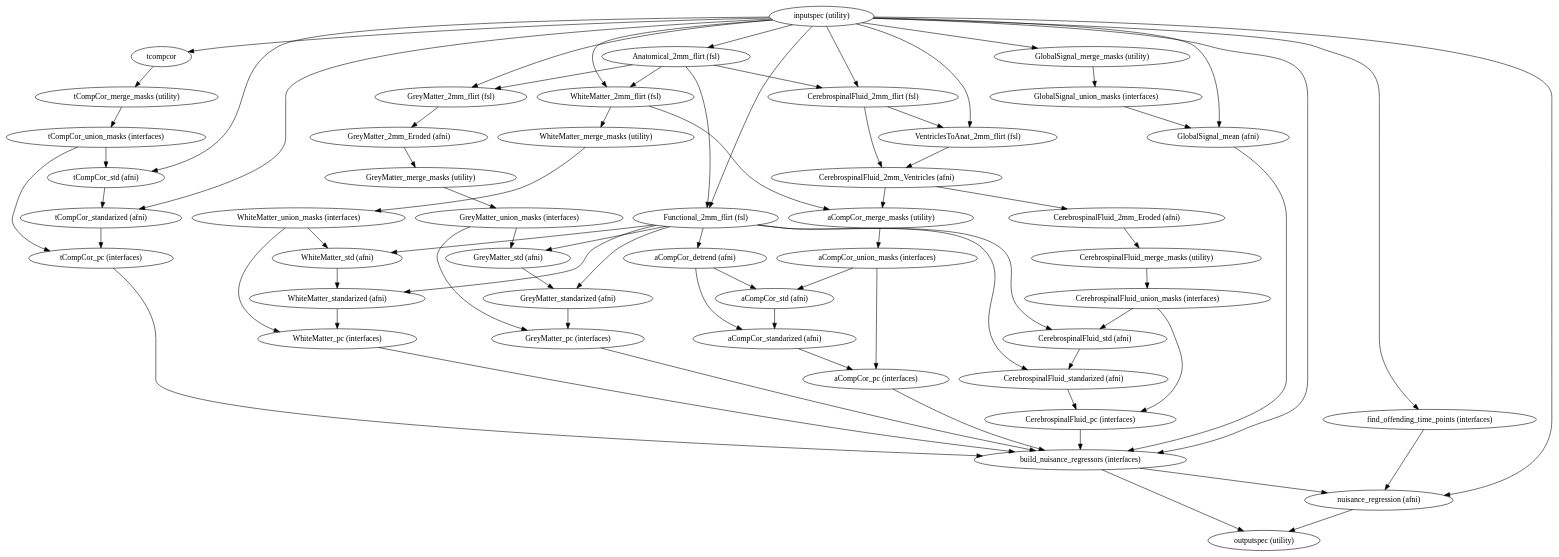
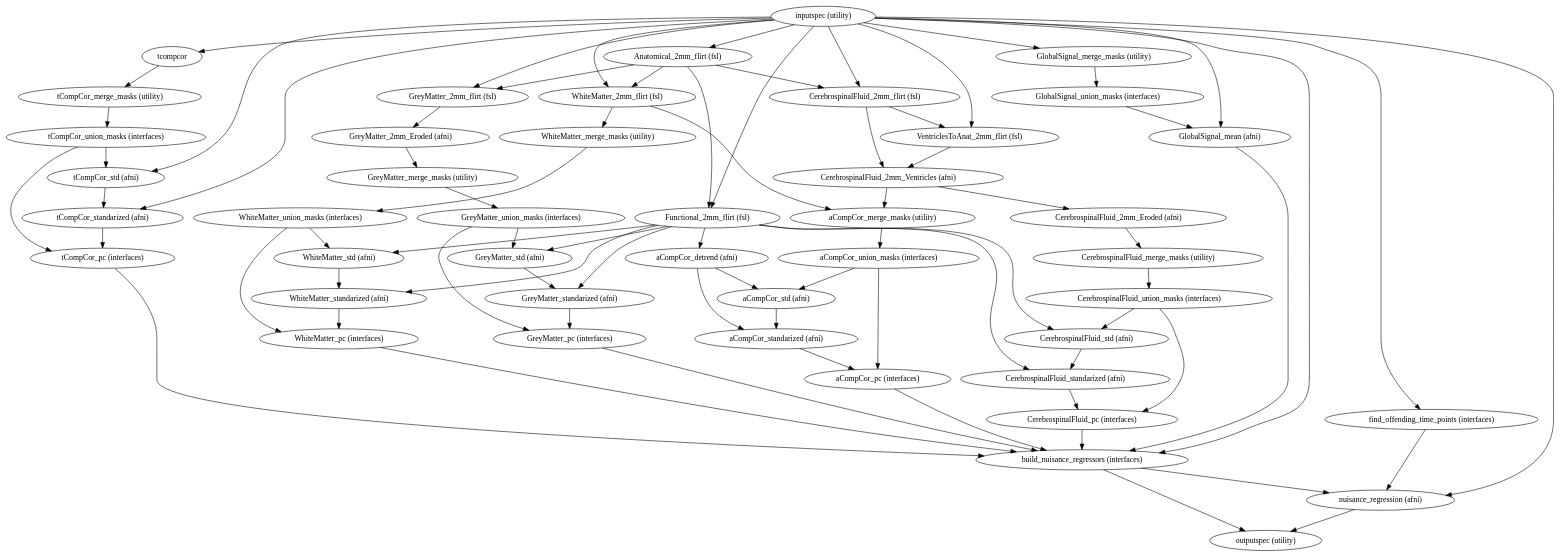
The diagram in docs/developer/workflows/images/generated/nuisance.dot (FCP-INDI/fcp-indi.github.io), drawn with Graphviz before and after one commit. The commit also changed other lines of this file and 5 other files, not shown here.

```diff
--- a/docs/developer/workflows/images/generated/nuisance.dot
+++ b/docs/developer/workflows/images/generated/nuisance.dot
@@ -1,121 +1,121 @@
 strict digraph "" {
 "GlobalSignal_union_masks (interfaces)";
 "tCompCor_merge_masks (utility)";
 "CerebrospinalFluid_pc (interfaces)";
 "CerebrospinalFluid_2mm_Eroded (afni)";
 "Anatomical_2mm_flirt (fsl)";
 "inputspec (utility)";
 "GreyMatter_standarized (afni)";
 "aCompCor_detrend (afni)";
 "aCompCor_union_masks (interfaces)";
 "tCompCor_std (afni)";
 "GreyMatter_pc (interfaces)";
 "GreyMatter_union_masks (interfaces)";
 "WhiteMatter_standarized (afni)";
-"find_offending_time_points (interfaces)";
 "CerebrospinalFluid_std (afni)";
 "WhiteMatter_pc (interfaces)";
 "CerebrospinalFluid_union_masks (interfaces)";
 "aCompCor_merge_masks (utility)";
-"GreyMatter_2mm_flirt (fsl)";
+"find_offending_time_points (interfaces)";
 "GlobalSignal_mean (afni)";
 tcompcor;
 "GreyMatter_2mm_Eroded (afni)";
 "CerebrospinalFluid_2mm_flirt (fsl)";
 "aCompCor_pc (interfaces)";
+"GreyMatter_2mm_flirt (fsl)";
 "WhiteMatter_2mm_flirt (fsl)";
 "tCompCor_standarized (afni)";
 "CerebrospinalFluid_merge_masks (utility)";
 "CerebrospinalFluid_standarized (afni)";
 "tCompCor_union_masks (interfaces)";
 "GreyMatter_std (afni)";
 "VentriclesToAnat_2mm_flirt (fsl)";
 "aCompCor_std (afni)";
 "WhiteMatter_merge_masks (utility)";
 "aCompCor_standarized (afni)";
 "CerebrospinalFluid_2mm_Ventricles (afni)";
 "nuisance_regression (afni)";
 "GreyMatter_merge_masks (utility)";
 "GlobalSignal_merge_masks (utility)";
 "build_nuisance_regressors (interfaces)";
 "outputspec (utility)";
 "WhiteMatter_union_masks (interfaces)";
 "WhiteMatter_std (afni)";
 "Functional_2mm_flirt (fsl)";
 "tCompCor_pc (interfaces)";
 "GlobalSignal_union_masks (interfaces)" -> "GlobalSignal_mean (afni)";
 "tCompCor_merge_masks (utility)" -> "tCompCor_union_masks (interfaces)";
 "CerebrospinalFluid_pc (interfaces)" -> "build_nuisance_regressors (interfaces)";
 "CerebrospinalFluid_2mm_Eroded (afni)" -> "CerebrospinalFluid_merge_masks (utility)";
 "Anatomical_2mm_flirt (fsl)" -> "Functional_2mm_flirt (fsl)";
 "Anatomical_2mm_flirt (fsl)" -> "CerebrospinalFluid_2mm_flirt (fsl)";
 "Anatomical_2mm_flirt (fsl)" -> "GreyMatter_2mm_flirt (fsl)";
 "Anatomical_2mm_flirt (fsl)" -> "WhiteMatter_2mm_flirt (fsl)";
 "inputspec (utility)" -> "nuisance_regression (afni)";
 "inputspec (utility)" -> "GlobalSignal_merge_masks (utility)";
 "inputspec (utility)" -> "build_nuisance_regressors (interfaces)";
 "inputspec (utility)" -> "tCompCor_standarized (afni)";
 "inputspec (utility)" -> "VentriclesToAnat_2mm_flirt (fsl)";
 "inputspec (utility)" -> "Anatomical_2mm_flirt (fsl)";
 "inputspec (utility)" -> "Functional_2mm_flirt (fsl)";
 "inputspec (utility)" -> "GreyMatter_2mm_flirt (fsl)";
 "inputspec (utility)" -> "GlobalSignal_mean (afni)";
 "inputspec (utility)" -> tcompcor;
 "inputspec (utility)" -> "WhiteMatter_2mm_flirt (fsl)";
 "inputspec (utility)" -> "CerebrospinalFluid_2mm_flirt (fsl)";
 "inputspec (utility)" -> "find_offending_time_points (interfaces)";
 "inputspec (utility)" -> "tCompCor_std (afni)";
 "GreyMatter_standarized (afni)" -> "GreyMatter_pc (interfaces)";
 "aCompCor_detrend (afni)" -> "aCompCor_std (afni)";
 "aCompCor_detrend (afni)" -> "aCompCor_standarized (afni)";
 "aCompCor_union_masks (interfaces)" -> "aCompCor_std (afni)";
 "aCompCor_union_masks (interfaces)" -> "aCompCor_pc (interfaces)";
 "tCompCor_std (afni)" -> "tCompCor_standarized (afni)";
 "GreyMatter_pc (interfaces)" -> "build_nuisance_regressors (interfaces)";
 "GreyMatter_union_masks (interfaces)" -> "GreyMatter_pc (interfaces)";
 "GreyMatter_union_masks (interfaces)" -> "GreyMatter_std (afni)";
 "WhiteMatter_standarized (afni)" -> "WhiteMatter_pc (interfaces)";
-"find_offending_time_points (interfaces)" -> "nuisance_regression (afni)";
 "CerebrospinalFluid_std (afni)" -> "CerebrospinalFluid_standarized (afni)";
 "WhiteMatter_pc (interfaces)" -> "build_nuisance_regressors (interfaces)";
 "CerebrospinalFluid_union_masks (interfaces)" -> "CerebrospinalFluid_pc (interfaces)";
 "CerebrospinalFluid_union_masks (interfaces)" -> "CerebrospinalFluid_std (afni)";
 "aCompCor_merge_masks (utility)" -> "aCompCor_union_masks (interfaces)";
-"GreyMatter_2mm_flirt (fsl)" -> "GreyMatter_2mm_Eroded (afni)";
+"find_offending_time_points (interfaces)" -> "nuisance_regression (afni)";
 "GlobalSignal_mean (afni)" -> "build_nuisance_regressors (interfaces)";
 tcompcor -> "tCompCor_merge_masks (utility)";
 "GreyMatter_2mm_Eroded (afni)" -> "GreyMatter_merge_masks (utility)";
 "CerebrospinalFluid_2mm_flirt (fsl)" -> "CerebrospinalFluid_2mm_Ventricles (afni)";
 "CerebrospinalFluid_2mm_flirt (fsl)" -> "VentriclesToAnat_2mm_flirt (fsl)";
 "aCompCor_pc (interfaces)" -> "build_nuisance_regressors (interfaces)";
+"GreyMatter_2mm_flirt (fsl)" -> "GreyMatter_2mm_Eroded (afni)";
 "WhiteMatter_2mm_flirt (fsl)" -> "WhiteMatter_merge_masks (utility)";
 "WhiteMatter_2mm_flirt (fsl)" -> "aCompCor_merge_masks (utility)";
 "tCompCor_standarized (afni)" -> "tCompCor_pc (interfaces)";
 "CerebrospinalFluid_merge_masks (utility)" -> "CerebrospinalFluid_union_masks (interfaces)";
 "CerebrospinalFluid_standarized (afni)" -> "CerebrospinalFluid_pc (interfaces)";
 "tCompCor_union_masks (interfaces)" -> "tCompCor_pc (interfaces)";
 "tCompCor_union_masks (interfaces)" -> "tCompCor_std (afni)";
 "GreyMatter_std (afni)" -> "GreyMatter_standarized (afni)";
 "VentriclesToAnat_2mm_flirt (fsl)" -> "CerebrospinalFluid_2mm_Ventricles (afni)";
 "aCompCor_std (afni)" -> "aCompCor_standarized (afni)";
 "WhiteMatter_merge_masks (utility)" -> "WhiteMatter_union_masks (interfaces)";
 "aCompCor_standarized (afni)" -> "aCompCor_pc (interfaces)";
 "CerebrospinalFluid_2mm_Ventricles (afni)" -> "aCompCor_merge_masks (utility)";
 "CerebrospinalFluid_2mm_Ventricles (afni)" -> "CerebrospinalFluid_2mm_Eroded (afni)";
 "nuisance_regression (afni)" -> "outputspec (utility)";
 "GreyMatter_merge_masks (utility)" -> "GreyMatter_union_masks (interfaces)";
 "GlobalSignal_merge_masks (utility)" -> "GlobalSignal_union_masks (interfaces)";
 "build_nuisance_regressors (interfaces)" -> "nuisance_regression (afni)";
 "build_nuisance_regressors (interfaces)" -> "outputspec (utility)";
 "WhiteMatter_union_masks (interfaces)" -> "WhiteMatter_pc (interfaces)";
 "WhiteMatter_union_masks (interfaces)" -> "WhiteMatter_std (afni)";
 "WhiteMatter_std (afni)" -> "WhiteMatter_standarized (afni)";
 "Functional_2mm_flirt (fsl)" -> "GreyMatter_standarized (afni)";
 "Functional_2mm_flirt (fsl)" -> "WhiteMatter_standarized (afni)";
+"Functional_2mm_flirt (fsl)" -> "CerebrospinalFluid_standarized (afni)";
 "Functional_2mm_flirt (fsl)" -> "CerebrospinalFluid_std (afni)";
-"Functional_2mm_flirt (fsl)" -> "CerebrospinalFluid_standarized (afni)";
 "Functional_2mm_flirt (fsl)" -> "GreyMatter_std (afni)";
 "Functional_2mm_flirt (fsl)" -> "WhiteMatter_std (afni)";
 "Functional_2mm_flirt (fsl)" -> "aCompCor_detrend (afni)";
 "tCompCor_pc (interfaces)" -> "build_nuisance_regressors (interfaces)";
 }
```
